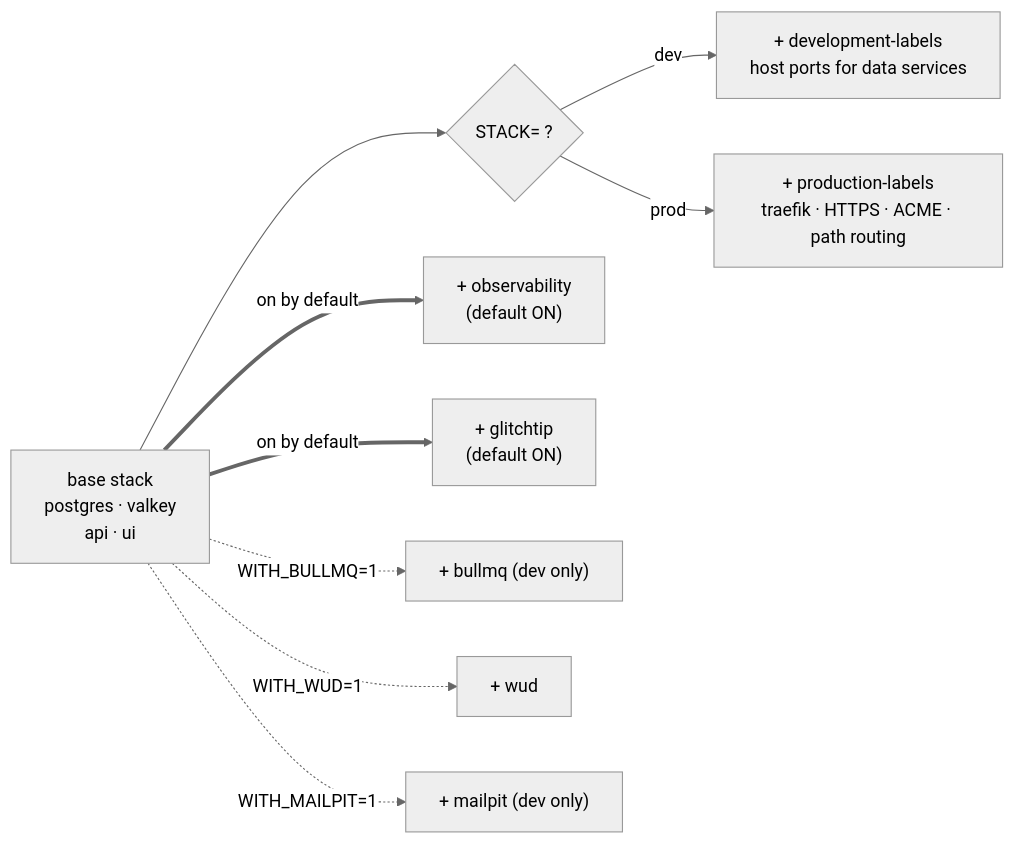
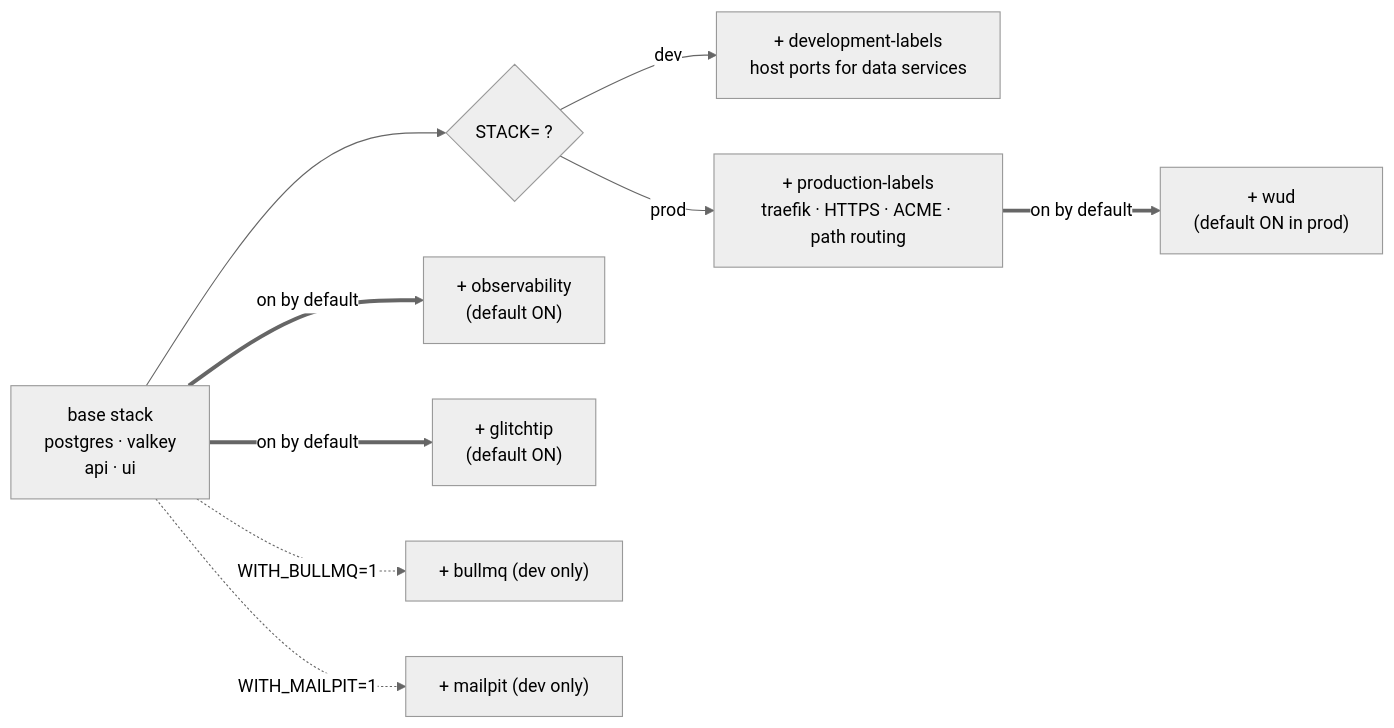
The diagram in apps/docs/src/content/docs/infra/profiles-and-overlays.mdx (boringstack-xyz/boringstack), drawn with Mermaid (neutral theme) before and after one commit. The commit also changed other lines of this file and 4 other files, not shown here.

First line of the commit message:
docs: reframe WUD as default-on, add Before you build + Resources pages

````diff
--- a/apps/docs/src/content/docs/infra/profiles-and-overlays.mdx
+++ b/apps/docs/src/content/docs/infra/profiles-and-overlays.mdx
@@ -12,20 +12,20 @@
 ```mermaid
 flowchart LR
   base["base stack<br/>postgres · valkey<br/>api · ui"]
   stack{"STACK= ?"}
   dev["+ development-labels<br/>host ports for data services"]
   prod["+ production-labels<br/>traefik · HTTPS · ACME · path routing"]
   obs["+ observability<br/>(default ON)"]
   glitch["+ glitchtip<br/>(default ON)"]
+  wud["+ wud<br/>(default ON in prod)"]
   bullmq["+ bullmq (dev only)"]
-  wud["+ wud"]
   mailpit["+ mailpit (dev only)"]
   base --> stack
   stack -->|dev| dev
   stack -->|prod| prod
   base ==>|on by default| obs
   base ==>|on by default| glitch
+  prod ==>|on by default| wud
   base -.->|WITH_BULLMQ=1| bullmq
-  base -.->|WITH_WUD=1| wud
   base -.->|WITH_MAILPIT=1| mailpit
 ```
````
